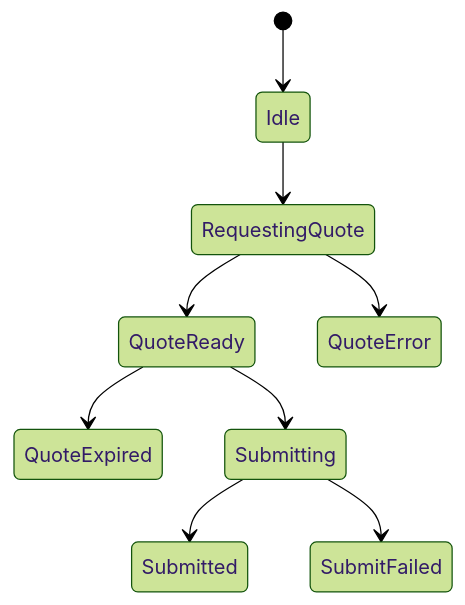
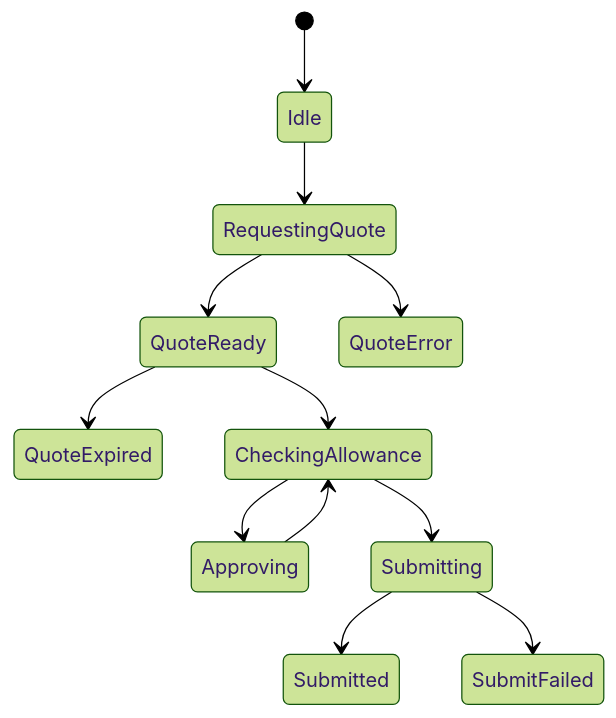
Before and after one commit to alvis-ai/production-grade-web3-rfq-market-maker: the third of 3 diagrams in book/Volume6-Frontend-And-SDK/Chapter01-Frontend-Architecture.md, drawn with Mermaid (forest theme). The commit also changed other lines of this file and 14 other files, not shown here.

````diff
--- a/book/Volume6-Frontend-And-SDK/Chapter01-Frontend-Architecture.md
+++ b/book/Volume6-Frontend-And-SDK/Chapter01-Frontend-Architecture.md
@@ -91,11 +93,14 @@
 ```mermaid
 stateDiagram-v2
   [*] --> Idle
   Idle --> RequestingQuote
   RequestingQuote --> QuoteReady
   RequestingQuote --> QuoteError
   QuoteReady --> QuoteExpired
-  QuoteReady --> Submitting
+  QuoteReady --> CheckingAllowance
+  CheckingAllowance --> Approving
+  CheckingAllowance --> Submitting
+  Approving --> CheckingAllowance
   Submitting --> Submitted
   Submitting --> SubmitFailed
 ```
````
